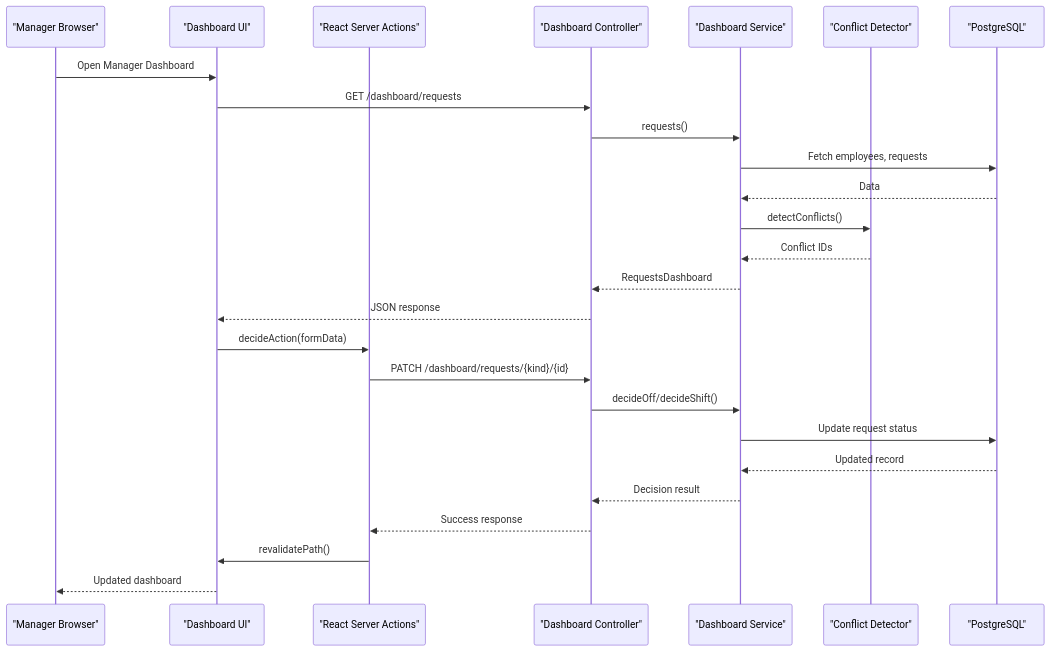
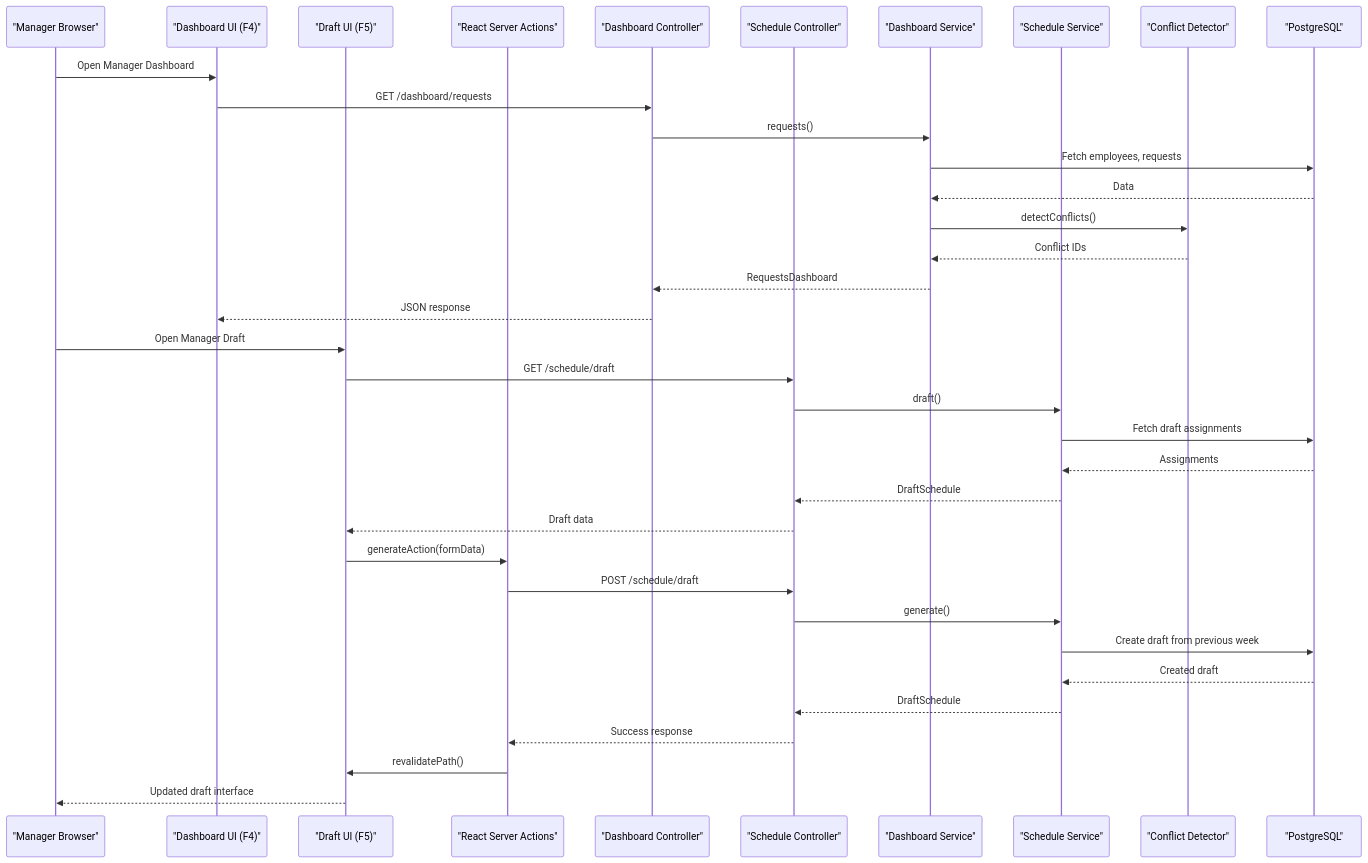
One commit to epo33m/scheduling changed the second of 3 diagrams in .qoder/repowiki/en/content/Product Requirements Document/Functional Specifications/Manager Dashboard Module (F4).md. Above: the diagram before and after it, drawn with Mermaid. The commit also changed other lines of this file and 77 other files, not shown here.

````diff
--- a/.qoder/repowiki/en/content/Product Requirements Document/Functional Specifications/Manager Dashboard Module (F4).md
+++ b/.qoder/repowiki/en/content/Product Requirements Document/Functional Specifications/Manager Dashboard Module (F4).md
@@ -111,28 +138,38 @@
 ```mermaid
 sequenceDiagram
 participant M as "Manager Browser"
-participant D as "Dashboard UI"
+participant D as "Dashboard UI (F4)"
+participant G as "Draft UI (F5)"
 participant A as "React Server Actions"
 participant C as "Dashboard Controller"
+participant SC as "Schedule Controller"
 participant S as "Dashboard Service"
+participant SS as "Schedule Service"
 participant CF as "Conflict Detector"
 participant DB as "PostgreSQL"
 M->>D : Open Manager Dashboard
 D->>C : GET /dashboard/requests
 C->>S : requests()
 S->>DB : Fetch employees, requests
 DB-->>S : Data
 S->>CF : detectConflicts()
 CF-->>S : Conflict IDs
 S-->>C : RequestsDashboard
 C-->>D : JSON response
-D->>A : decideAction(formData)
-A->>C : PATCH /dashboard/requests/{kind}/{id}
-C->>S : decideOff/decideShift()
-S->>DB : Update request status
-DB-->>S : Updated record
-S-->>C : Decision result
-C-->>A : Success response
-A->>D : revalidatePath()
-D-->>M : Updated dashboard
+M->>G : Open Manager Draft
+G->>SC : GET /schedule/draft
+SC->>SS : draft()
+SS->>DB : Fetch draft assignments
+DB-->>SS : Assignments
+SS-->>SC : DraftSchedule
+SC-->>G : Draft data
+G->>A : generateAction(formData)
+A->>SC : POST /schedule/draft
+SC->>SS : generate()
+SS->>DB : Create draft from previous week
+DB-->>SS : Created draft
+SS-->>SC : DraftSchedule
+SC-->>A : Success response
+A->>G : revalidatePath()
+G-->>M : Updated draft interface
 ```
````
